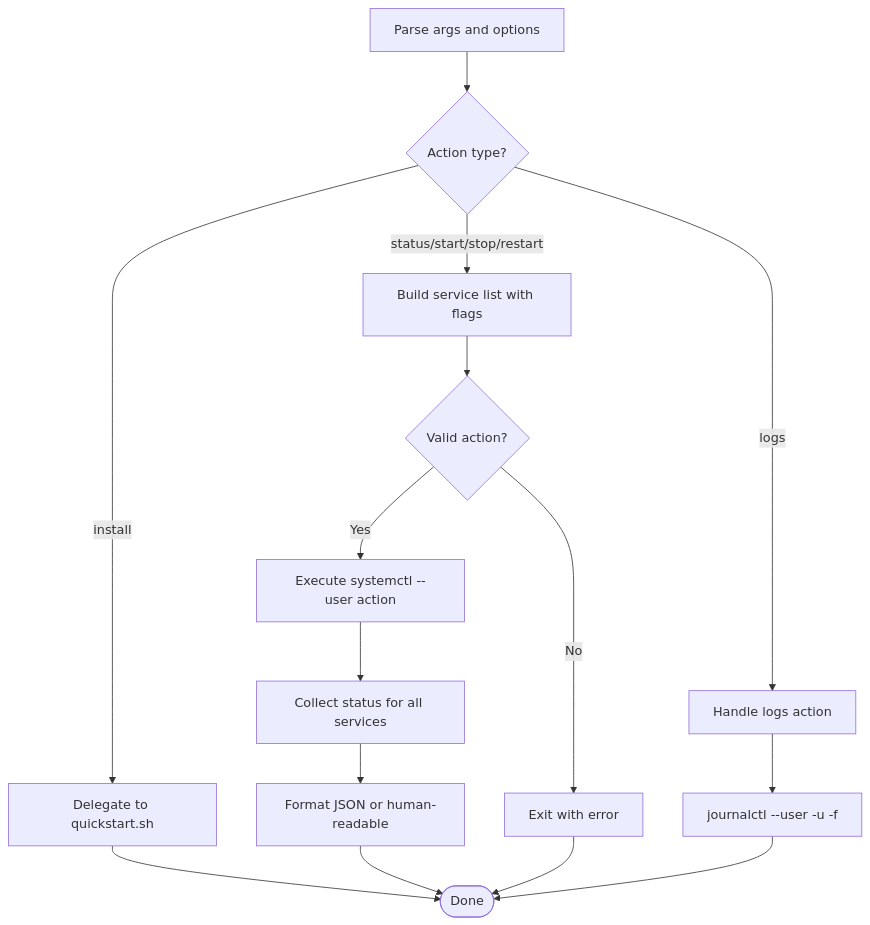
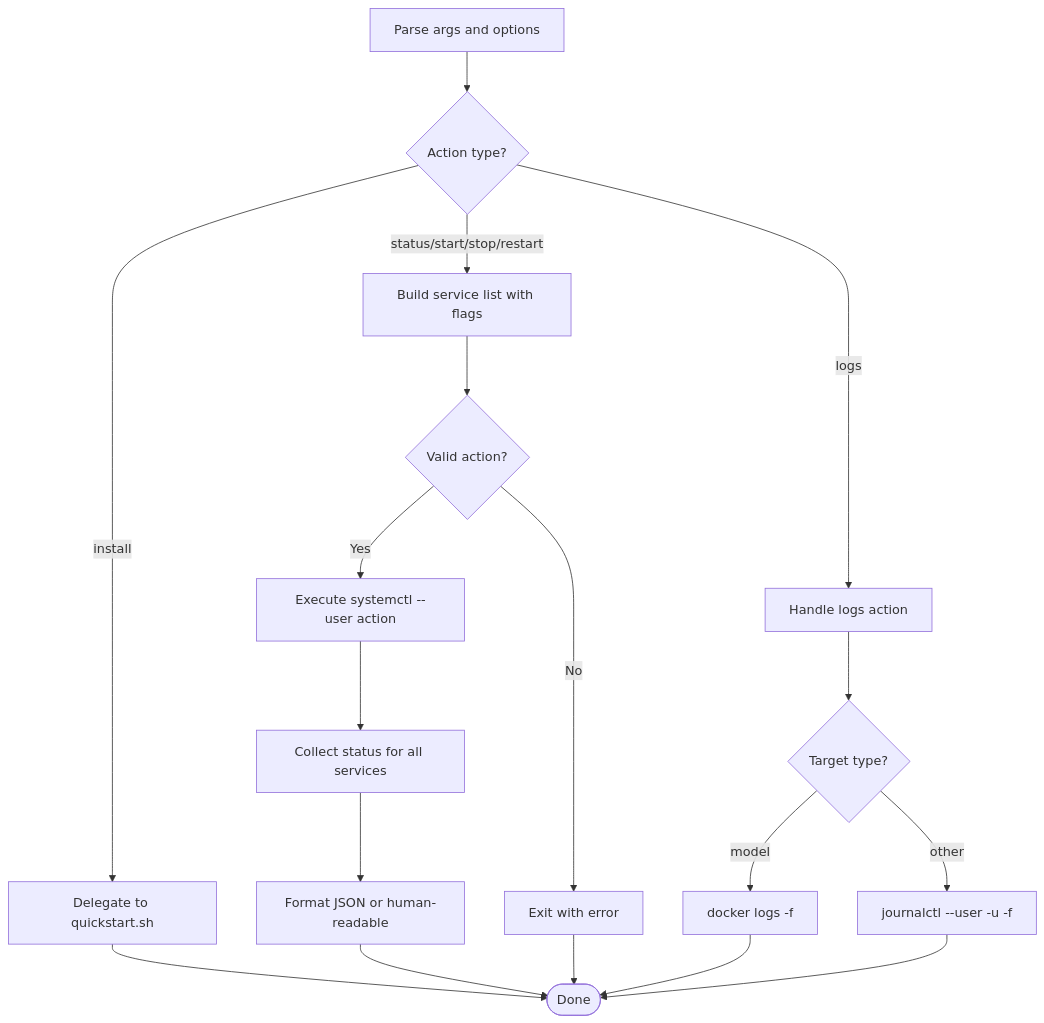
The eighth of 9 diagrams in .qoder/repowiki/en/content/Deployment and Operations/Systemd Services.md (intellistream/sage-mate), drawn with Mermaid before and after one commit. The commit also changed other lines of this file and 136 other files, not shown here.

First line of the commit message:
chore: source updates, bidirectional link graph, data and repowiki refresh

````diff
--- a/.qoder/repowiki/en/content/Deployment and Operations/Systemd Services.md
+++ b/.qoder/repowiki/en/content/Deployment and Operations/Systemd Services.md
@@ -349,17 +362,20 @@
 ```mermaid
 flowchart TD
 Args["Parse args and options"] --> CheckAction{"Action type?"}
 CheckAction --> |install| Delegate["Delegate to quickstart.sh"]
 CheckAction --> |status/start/stop/restart| BuildList["Build service list with flags"]
 CheckAction --> |logs| HandleLogs["Handle logs action"]
 Delegate --> Done(["Done"])
 BuildList --> Validate{"Valid action?"}
 Validate --> |Yes| Execute["Execute systemctl --user action"]
 Validate --> |No| Error["Exit with error"]
-HandleLogs --> Journal["journalctl --user -u <unit> -f"]
+HandleLogs --> CheckTarget{"Target type?"}
+CheckTarget --> |model| DockerLogs["docker logs <container> -f"]
+CheckTarget --> |other| Journal["journalctl --user -u <unit> -f"]
 Execute --> Status["Collect status for all services"]
 Status --> Format["Format JSON or human-readable"]
 Format --> Done
+DockerLogs --> Done
 Journal --> Done
 Error --> Done
 ```
````
